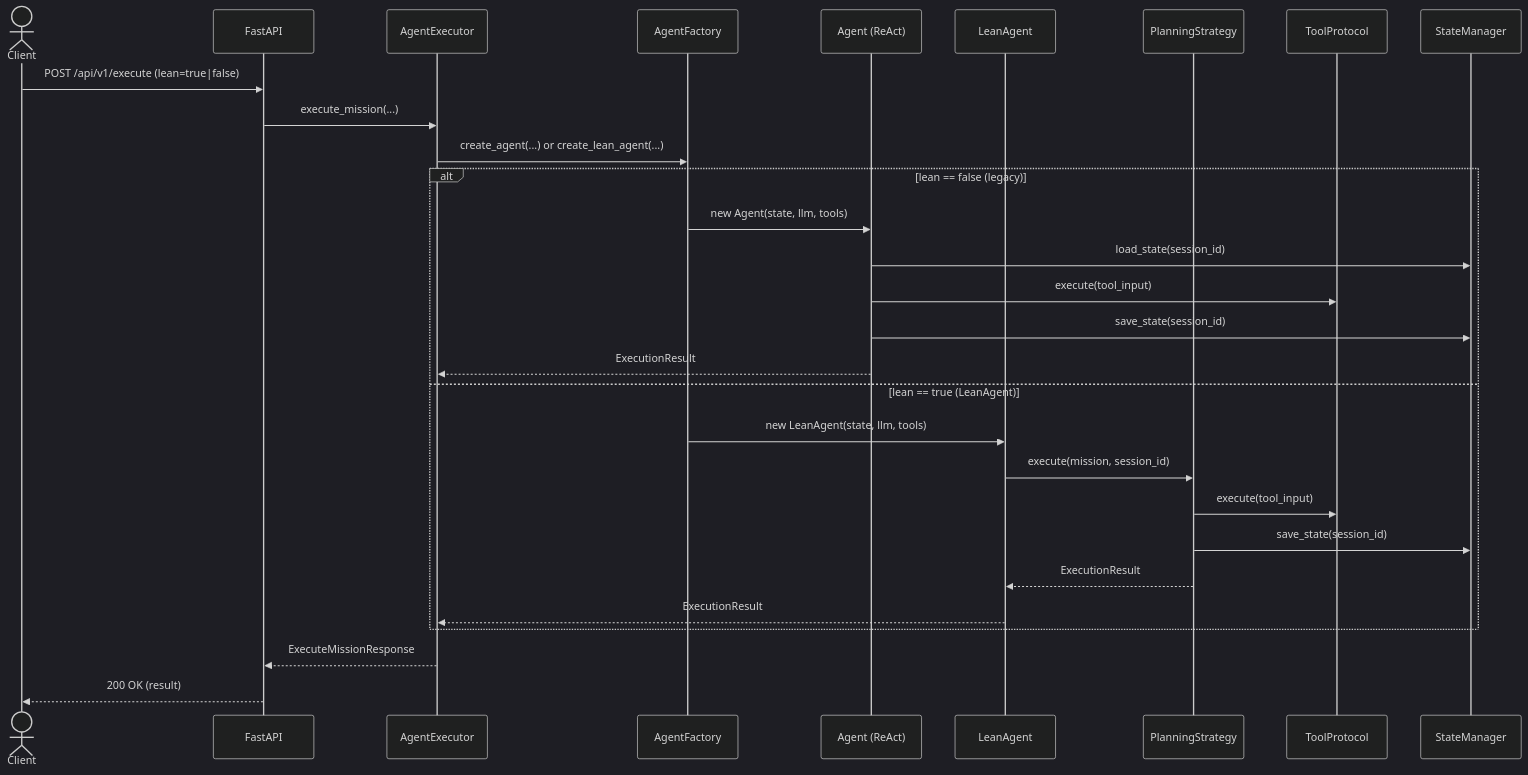
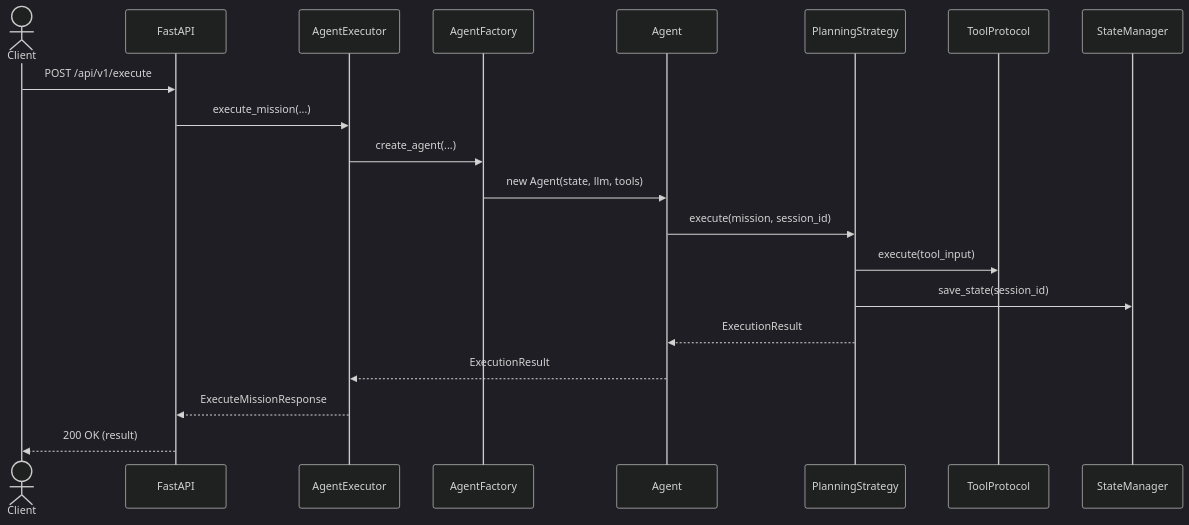
The second of 7 diagrams in docs/architecture/section-7-core-workflows.md (rudi77/pytaskforce), drawn with Mermaid (dark theme) before and after one commit. The commit also changed other lines of this file and 12 other files, not shown here.

````diff
--- a/docs/architecture/section-7-core-workflows.md
+++ b/docs/architecture/section-7-core-workflows.md
@@ -73,34 +73,24 @@
 ```mermaid
 sequenceDiagram
     actor Client
     participant API as FastAPI
     participant Executor as AgentExecutor
     participant Factory as AgentFactory
-    participant Legacy as Agent (ReAct)
-    participant Lean as LeanAgent
+    participant Agent as Agent
     participant Planner as PlanningStrategy
     participant Tool as ToolProtocol
     participant State as StateManager
 
-    Client->>API: POST /api/v1/execute (lean=true|false)
+    Client->>API: POST /api/v1/execute
     API->>Executor: execute_mission(...)
-    Executor->>Factory: create_agent(...) or create_lean_agent(...)
-
-    alt lean == false (legacy)
-        Factory->>Legacy: new Agent(state, llm, tools)
-        Legacy->>State: load_state(session_id)
-        Legacy->>Tool: execute(tool_input)
-        Legacy->>State: save_state(session_id)
-        Legacy-->>Executor: ExecutionResult
-    else lean == true (LeanAgent)
-        Factory->>Lean: new LeanAgent(state, llm, tools)
-        Lean->>Planner: execute(mission, session_id)
-        Planner->>Tool: execute(tool_input)
-        Planner->>State: save_state(session_id)
-        Planner-->>Lean: ExecutionResult
-        Lean-->>Executor: ExecutionResult
-    end
+    Executor->>Factory: create_agent(...)
+    Factory->>Agent: new Agent(state, llm, tools)
+    Agent->>Planner: execute(mission, session_id)
+    Planner->>Tool: execute(tool_input)
+    Planner->>State: save_state(session_id)
+    Planner-->>Agent: ExecutionResult
+    Agent-->>Executor: ExecutionResult
 
     Executor-->>API: ExecuteMissionResponse
     API-->>Client: 200 OK (result)
 ```
````
